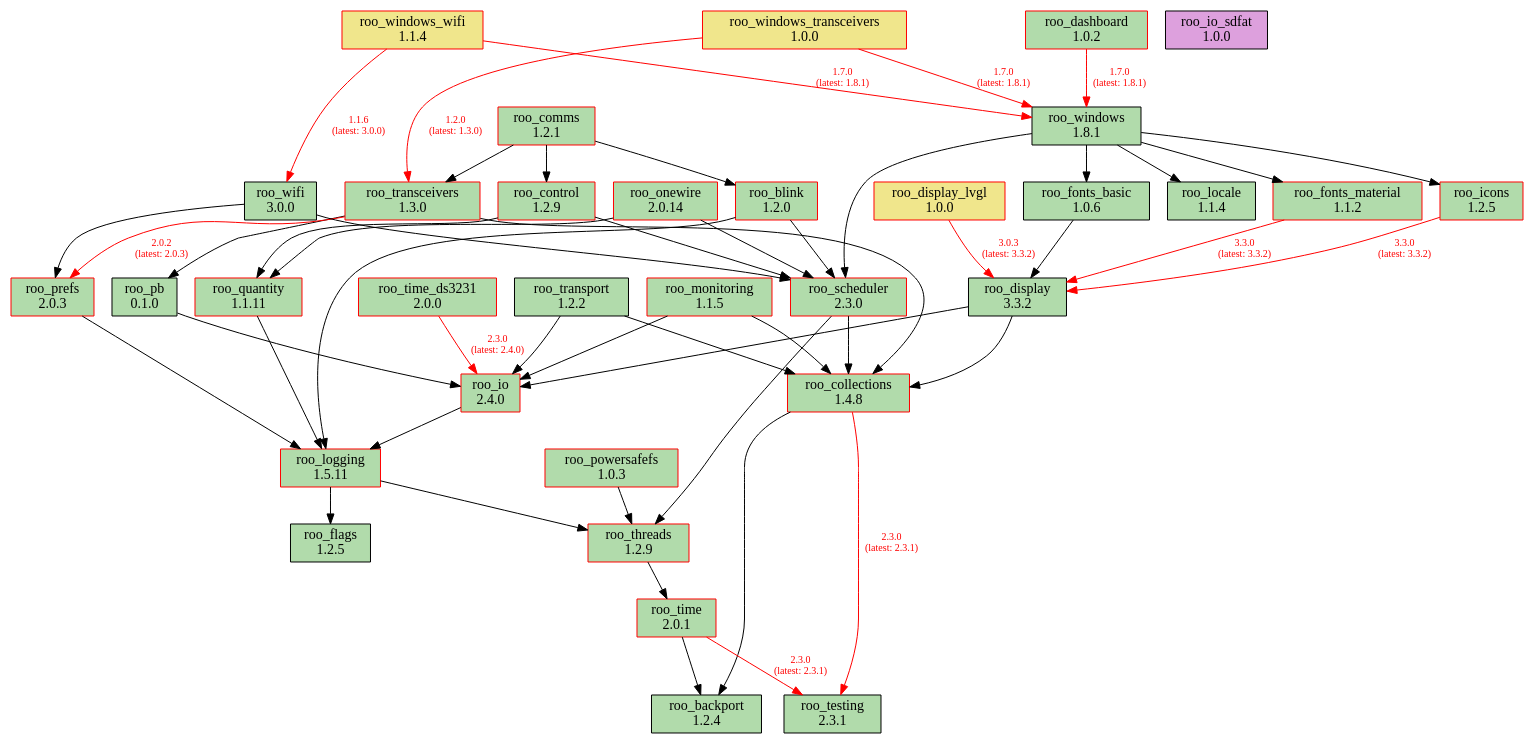
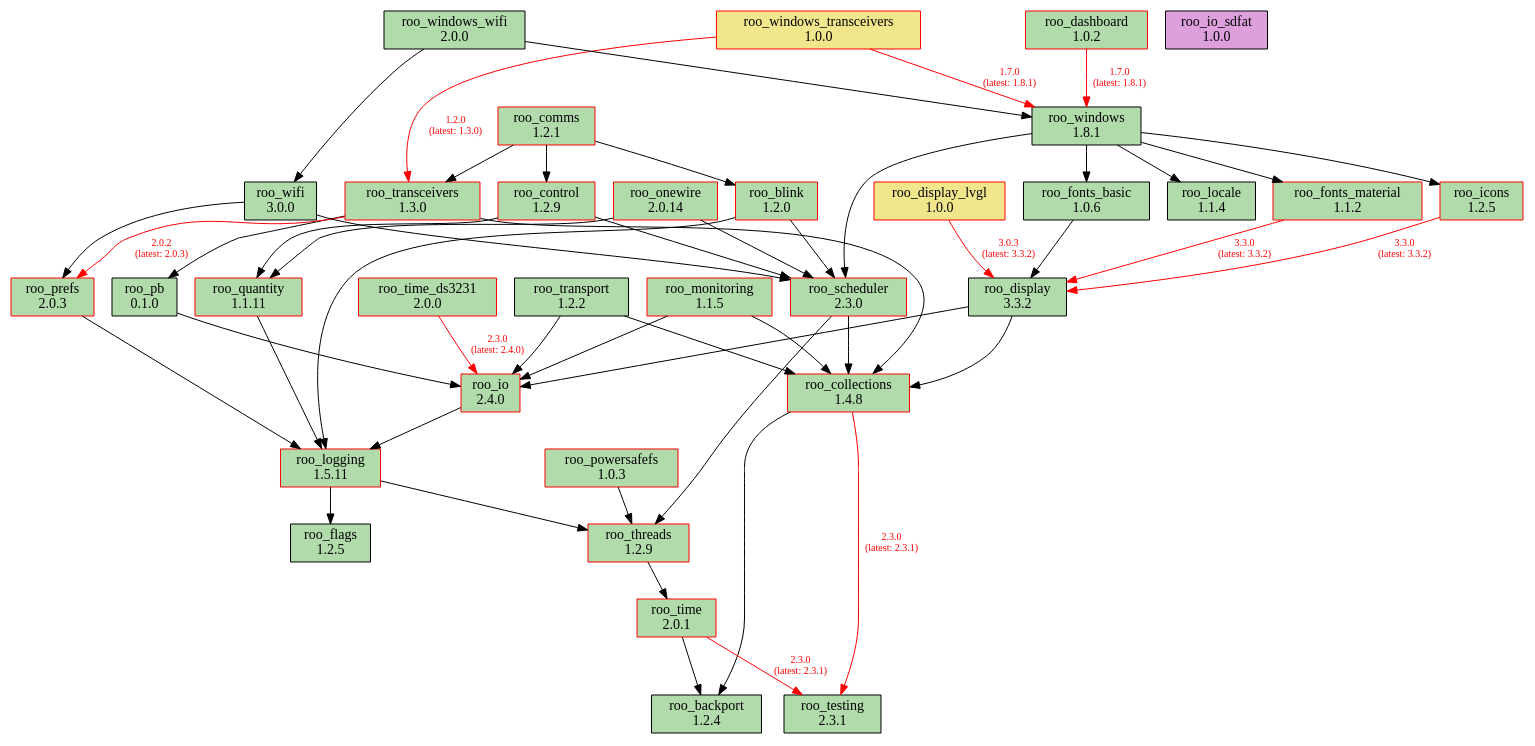
Before and after one commit to dejwk/roo-registry: the diagram in doc/dependencies.dot, drawn with Graphviz. The commit also changed 3 other files, not shown here.

Commit message:
Added roo_windows_wifi 2.0.0 to the registry.

```diff
--- a/doc/dependencies.dot
+++ b/doc/dependencies.dot
@@ -1,91 +1,91 @@
 digraph dependencies {
     rankdir=TB;
     node [shape=box, style=filled];
     edge [fontsize=10];
 
     // Modules
     "roo_backport" [label="roo_backport\n1.2.4", fillcolor="#b1dbab", color="black"];
     "roo_blink" [label="roo_blink\n1.2.0", fillcolor="#b1dbab", color="red"];
     "roo_collections" [label="roo_collections\n1.4.8", fillcolor="#b1dbab", color="red"];
     "roo_comms" [label="roo_comms\n1.2.1", fillcolor="#b1dbab", color="red"];
     "roo_control" [label="roo_control\n1.2.9", fillcolor="#b1dbab", color="red"];
     "roo_dashboard" [label="roo_dashboard\n1.0.2", fillcolor="#b1dbab", color="red"];
     "roo_display" [label="roo_display\n3.3.2", fillcolor="#b1dbab", color="black"];
     "roo_display_lvgl" [label="roo_display_lvgl\n1.0.0", fillcolor="khaki", color="red"];
     "roo_flags" [label="roo_flags\n1.2.5", fillcolor="#b1dbab", color="black"];
     "roo_fonts_basic" [label="roo_fonts_basic\n1.0.6", fillcolor="#b1dbab", color="black"];
     "roo_fonts_material" [label="roo_fonts_material\n1.1.2", fillcolor="#b1dbab", color="red"];
     "roo_icons" [label="roo_icons\n1.2.5", fillcolor="#b1dbab", color="red"];
     "roo_io" [label="roo_io\n2.4.0", fillcolor="#b1dbab", color="red"];
     "roo_io_sdfat" [label="roo_io_sdfat\n1.0.0", fillcolor="plum", color="black"];
     "roo_locale" [label="roo_locale\n1.1.4", fillcolor="#b1dbab", color="black"];
     "roo_logging" [label="roo_logging\n1.5.11", fillcolor="#b1dbab", color="red"];
     "roo_monitoring" [label="roo_monitoring\n1.1.5", fillcolor="#b1dbab", color="red"];
     "roo_onewire" [label="roo_onewire\n2.0.14", fillcolor="#b1dbab", color="red"];
     "roo_pb" [label="roo_pb\n0.1.0", fillcolor="#b1dbab", color="black"];
     "roo_powersafefs" [label="roo_powersafefs\n1.0.3", fillcolor="#b1dbab", color="red"];
     "roo_prefs" [label="roo_prefs\n2.0.3", fillcolor="#b1dbab", color="red"];
     "roo_quantity" [label="roo_quantity\n1.1.11", fillcolor="#b1dbab", color="red"];
     "roo_scheduler" [label="roo_scheduler\n2.3.0", fillcolor="#b1dbab", color="red"];
     "roo_testing" [label="roo_testing\n2.3.1", fillcolor="#b1dbab", color="black"];
     "roo_threads" [label="roo_threads\n1.2.9", fillcolor="#b1dbab", color="red"];
     "roo_time" [label="roo_time\n2.0.1", fillcolor="#b1dbab", color="red"];
     "roo_time_ds3231" [label="roo_time_ds3231\n2.0.0", fillcolor="#b1dbab", color="red"];
     "roo_transceivers" [label="roo_transceivers\n1.3.0", fillcolor="#b1dbab", color="red"];
     "roo_transport" [label="roo_transport\n1.2.2", fillcolor="#b1dbab", color="black"];
     "roo_wifi" [label="roo_wifi\n3.0.0", fillcolor="#b1dbab", color="black"];
     "roo_windows" [label="roo_windows\n1.8.1", fillcolor="#b1dbab", color="black"];
     "roo_windows_transceivers" [label="roo_windows_transceivers\n1.0.0", fillcolor="khaki", color="red"];
-    "roo_windows_wifi" [label="roo_windows_wifi\n1.1.4", fillcolor="khaki", color="red"];
+    "roo_windows_wifi" [label="roo_windows_wifi\n2.0.0", fillcolor="#b1dbab", color="black"];
 
     // Dependencies
     "roo_blink" -> "roo_logging";
     "roo_blink" -> "roo_scheduler";
     "roo_collections" -> "roo_testing" [color=red, fontcolor=red, label="2.3.0\n(latest: 2.3.1)"];
     "roo_collections" -> "roo_backport";
     "roo_comms" -> "roo_blink";
     "roo_comms" -> "roo_control";
     "roo_comms" -> "roo_transceivers";
     "roo_control" -> "roo_quantity";
     "roo_control" -> "roo_scheduler";
     "roo_dashboard" -> "roo_windows" [color=red, fontcolor=red, label="1.7.0\n(latest: 1.8.1)"];
     "roo_display" -> "roo_collections";
     "roo_display" -> "roo_io";
     "roo_display_lvgl" -> "roo_display" [color=red, fontcolor=red, label="3.0.3\n(latest: 3.3.2)"];
     "roo_fonts_basic" -> "roo_display";
     "roo_fonts_material" -> "roo_display" [color=red, fontcolor=red, label="3.3.0\n(latest: 3.3.2)"];
     "roo_icons" -> "roo_display" [color=red, fontcolor=red, label="3.3.0\n(latest: 3.3.2)"];
     "roo_io" -> "roo_logging";
     "roo_logging" -> "roo_flags";
     "roo_logging" -> "roo_threads";
     "roo_monitoring" -> "roo_collections";
     "roo_monitoring" -> "roo_io";
     "roo_onewire" -> "roo_scheduler";
     "roo_onewire" -> "roo_quantity";
     "roo_pb" -> "roo_io";
     "roo_powersafefs" -> "roo_threads";
     "roo_prefs" -> "roo_logging";
     "roo_quantity" -> "roo_logging";
     "roo_scheduler" -> "roo_collections";
     "roo_scheduler" -> "roo_threads";
     "roo_threads" -> "roo_time";
     "roo_time" -> "roo_testing" [color=red, fontcolor=red, label="2.3.0\n(latest: 2.3.1)"];
     "roo_time" -> "roo_backport";
     "roo_time_ds3231" -> "roo_io" [color=red, fontcolor=red, label="2.3.0\n(latest: 2.4.0)"];
     "roo_transceivers" -> "roo_pb";
     "roo_transceivers" -> "roo_collections";
     "roo_transceivers" -> "roo_prefs" [color=red, fontcolor=red, label="2.0.2\n(latest: 2.0.3)"];
     "roo_transport" -> "roo_collections";
     "roo_transport" -> "roo_io";
     "roo_wifi" -> "roo_prefs";
     "roo_wifi" -> "roo_scheduler";
     "roo_windows" -> "roo_fonts_basic";
     "roo_windows" -> "roo_fonts_material";
     "roo_windows" -> "roo_locale";
     "roo_windows" -> "roo_icons";
     "roo_windows" -> "roo_scheduler";
     "roo_windows_transceivers" -> "roo_transceivers" [color=red, fontcolor=red, label="1.2.0\n(latest: 1.3.0)"];
     "roo_windows_transceivers" -> "roo_windows" [color=red, fontcolor=red, label="1.7.0\n(latest: 1.8.1)"];
-    "roo_windows_wifi" -> "roo_wifi" [color=red, fontcolor=red, label="1.1.6\n(latest: 3.0.0)"];
-    "roo_windows_wifi" -> "roo_windows" [color=red, fontcolor=red, label="1.7.0\n(latest: 1.8.1)"];
+    "roo_windows_wifi" -> "roo_wifi";
+    "roo_windows_wifi" -> "roo_windows";
 }
```
